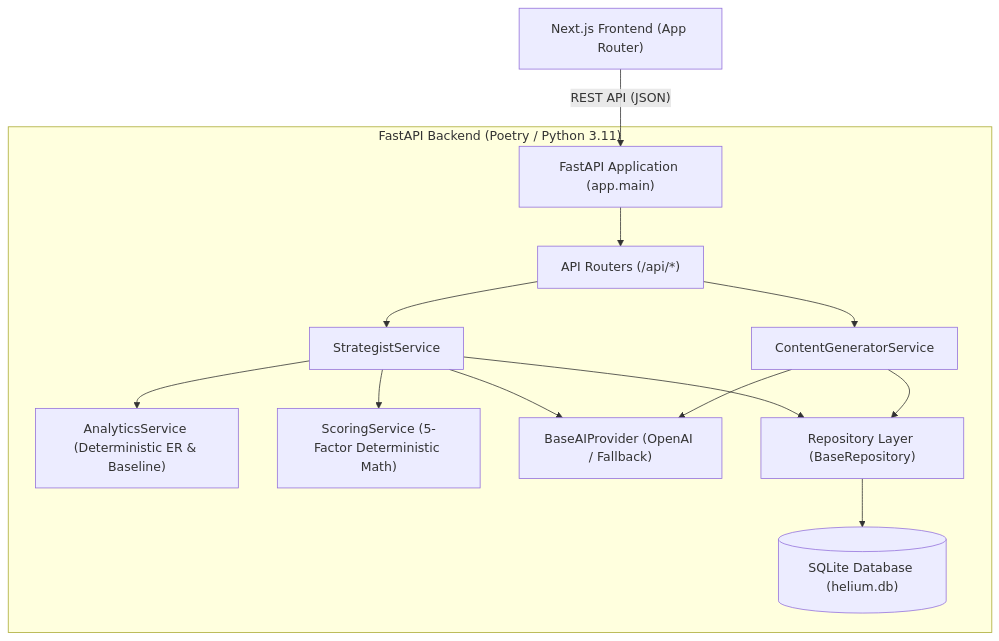
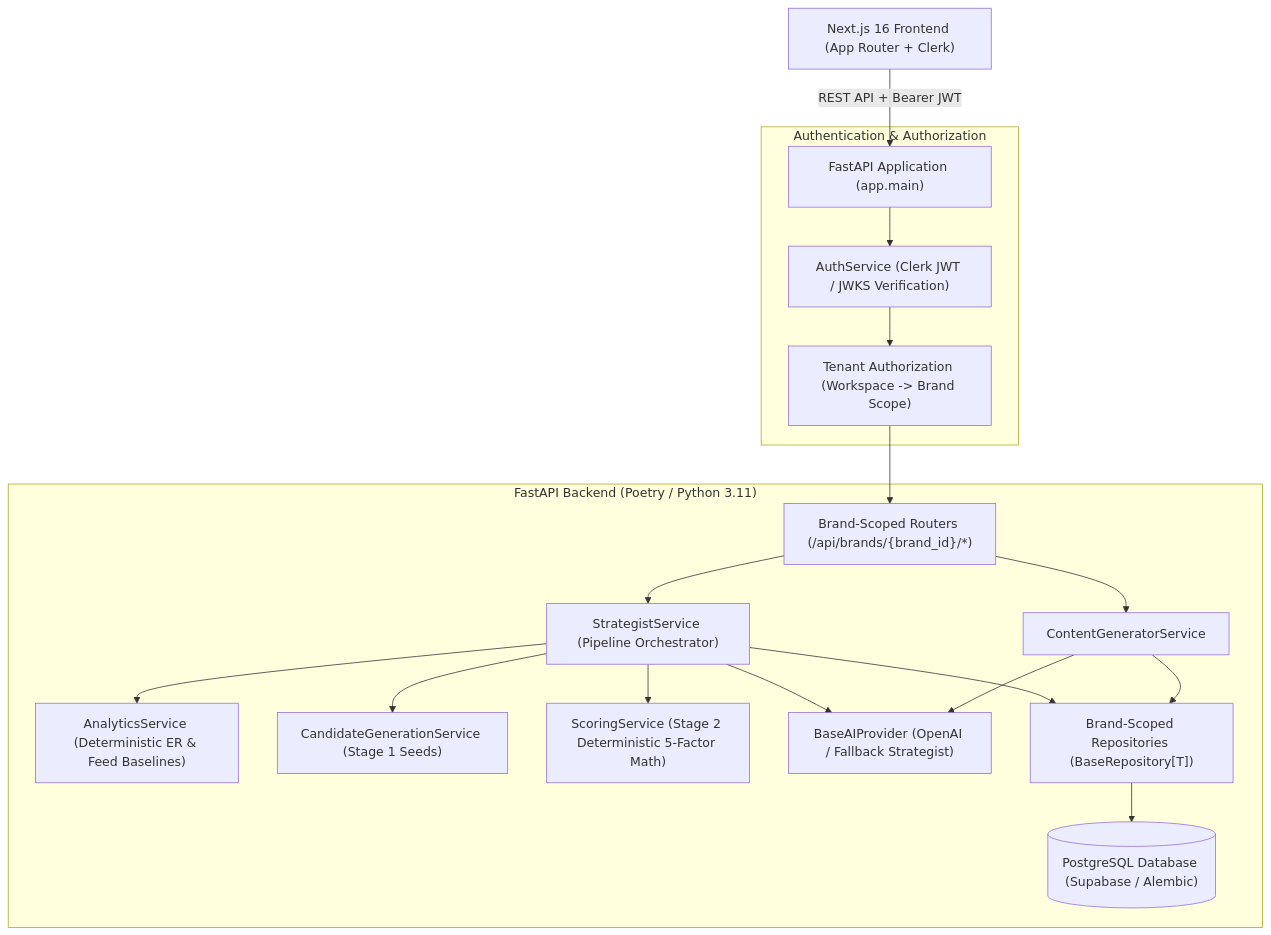
One commit to Shikhaar/Helium-Content-Copilot changed the first of 2 diagrams in docs/ARCHITECTURE.md. Above: the diagram before and after it, drawn with Mermaid. The commit also changed other lines of this file and 24 other files, not shown here.

Commit message:
feat(arch): implement production-oriented architecture upgrade with multi-tenancy, Alembic migrations, and 2-stage recommendation engine

````diff
--- a/docs/ARCHITECTURE.md
+++ b/docs/ARCHITECTURE.md
@@ -32,21 +45,27 @@
 ```mermaid
 flowchart TD
-    Client["Next.js Frontend (App Router)"] -->|"REST API (JSON)"| API["FastAPI Application (app.main)"]
+    Client["Next.js 16 Frontend (App Router + Clerk)"] -->|"REST API + Bearer JWT"| API["FastAPI Application (app.main)"]
+    
+    subgraph Auth ["Authentication & Authorization"]
+        API --> ClerkAuth["AuthService (Clerk JWT / JWKS Verification)"]
+        ClerkAuth --> TenantGuard["Tenant Authorization (Workspace -> Brand Scope)"]
+    end
     
     subgraph Backend ["FastAPI Backend (Poetry / Python 3.11)"]
-        API --> Routes["API Routers (/api/*)"]
-        Routes --> StratSvc["StrategistService"]
+        TenantGuard --> Routes["Brand-Scoped Routers (/api/brands/{brand_id}/*)"]
+        Routes --> StratSvc["StrategistService (Pipeline Orchestrator)"]
         Routes --> ContSvc["ContentGeneratorService"]
         
-        StratSvc --> Analytics["AnalyticsService (Deterministic ER & Baseline)"]
-        StratSvc --> Scoring["ScoringService (5-Factor Deterministic Math)"]
-        StratSvc --> AIProv["BaseAIProvider (OpenAI / Fallback)"]
+        StratSvc --> Analytics["AnalyticsService (Deterministic ER & Feed Baselines)"]
+        StratSvc --> CandidateGen["CandidateGenerationService (Stage 1 Seeds)"]
+        StratSvc --> Scoring["ScoringService (Stage 2 Deterministic 5-Factor Math)"]
+        StratSvc --> AIProv["BaseAIProvider (OpenAI / Fallback Strategist)"]
         
         ContSvc --> AIProv
         
-        StratSvc --> Repos["Repository Layer (BaseRepository)"]
+        StratSvc --> Repos["Brand-Scoped Repositories (BaseRepository[T])"]
         ContSvc --> Repos
         
-        Repos --> DB[("SQLite Database (helium.db)")]
+        Repos --> DB[("PostgreSQL Database (Supabase / Alembic)")]
     end
 ```
````
